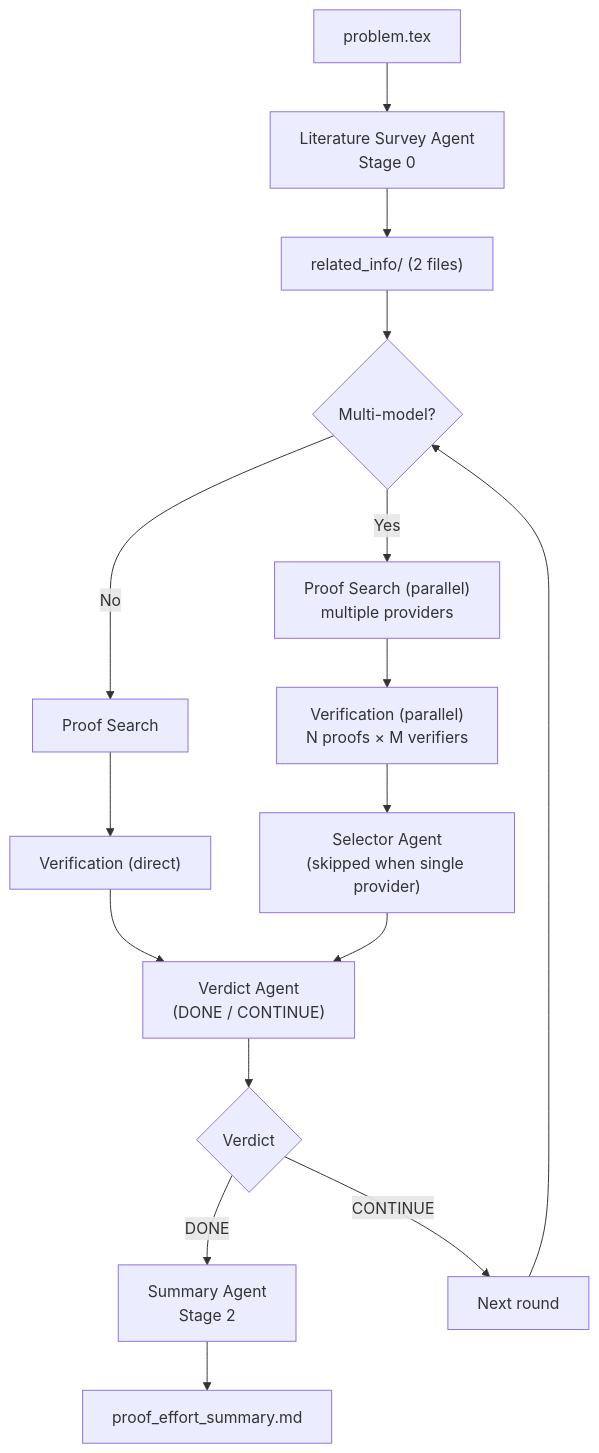
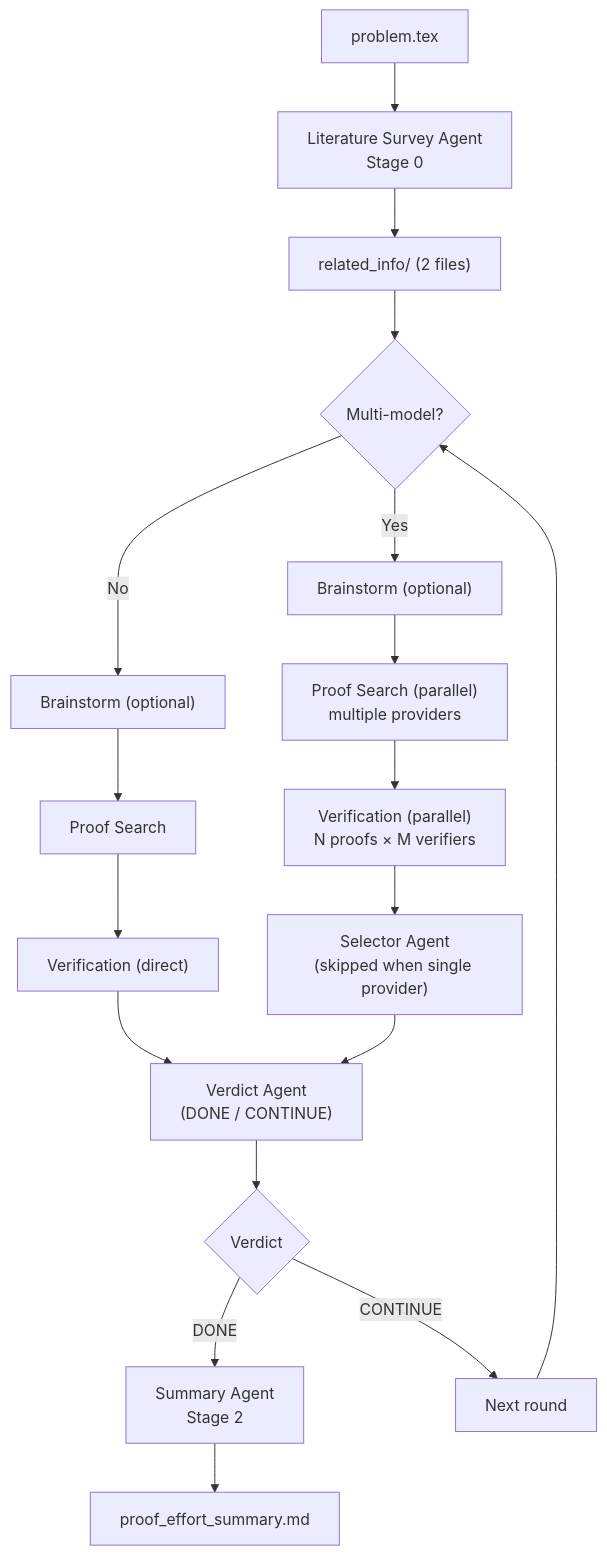
One commit to chenyang-an/QED changed the diagram in README.md. Above: the diagram before and after it, drawn with Mermaid. The commit also changed other lines of this file and 5 other files, not shown here.

````diff
--- a/README.md
+++ b/README.md
@@ -610,21 +625,23 @@
 ```mermaid
 flowchart TD
     A["problem.tex"] --> B["Literature Survey Agent<br/>Stage 0"]
     B --> C["related_info/ (2 files)"]
     C --> D{"Multi-model?"}
 
-    D -->|No| I["Proof Search"]
+    D -->|No| BS1["Brainstorm (optional)"]
+    BS1 --> I["Proof Search"]
     I --> IV["Verification (direct)"]
     IV --> J["Verdict Agent<br/>(DONE / CONTINUE)"]
 
-    D -->|Yes| K["Proof Search (parallel)<br/>multiple providers"]
+    D -->|Yes| BS2["Brainstorm (optional)"]
+    BS2 --> K["Proof Search (parallel)<br/>multiple providers"]
     K --> O["Verification (parallel)<br/>N proofs × M verifiers"]
     O --> P["Selector Agent<br/>(skipped when single provider)"]
     P --> J
 
     J --> Q{"Verdict"}
     Q -->|DONE| R["Summary Agent<br/>Stage 2"]
     Q -->|CONTINUE| S["Next round"]
     S --> D
     R --> T["proof_effort_summary.md"]
 ```
````
